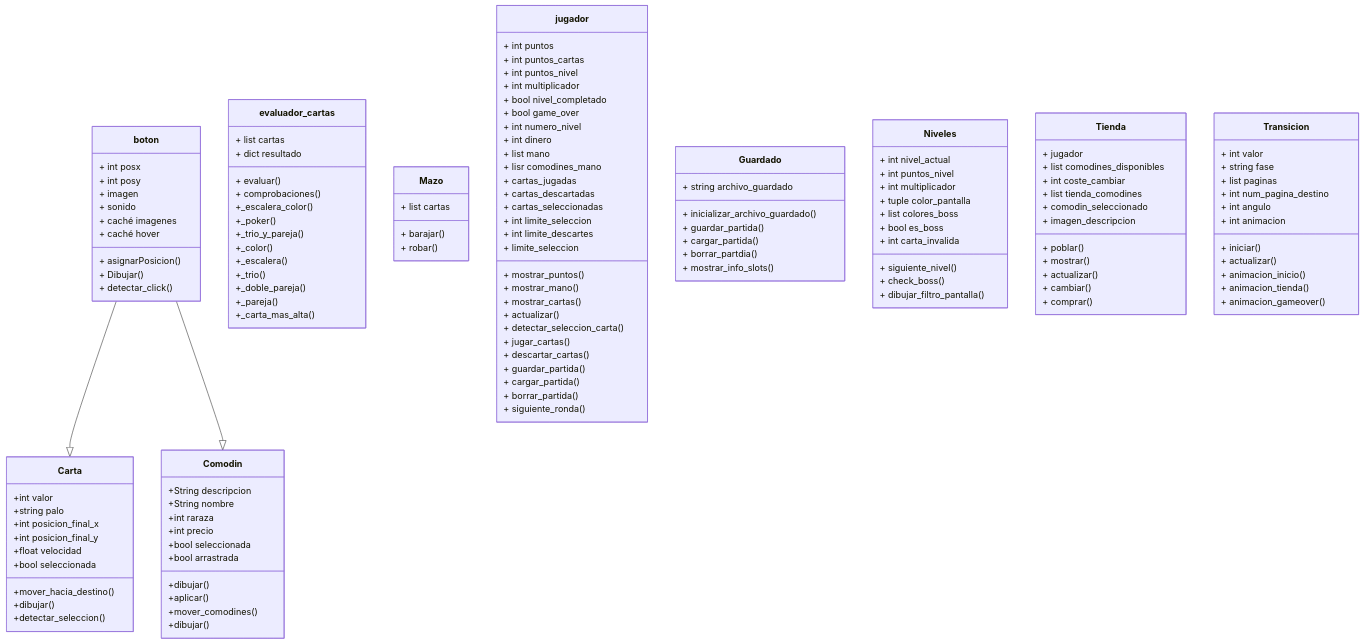
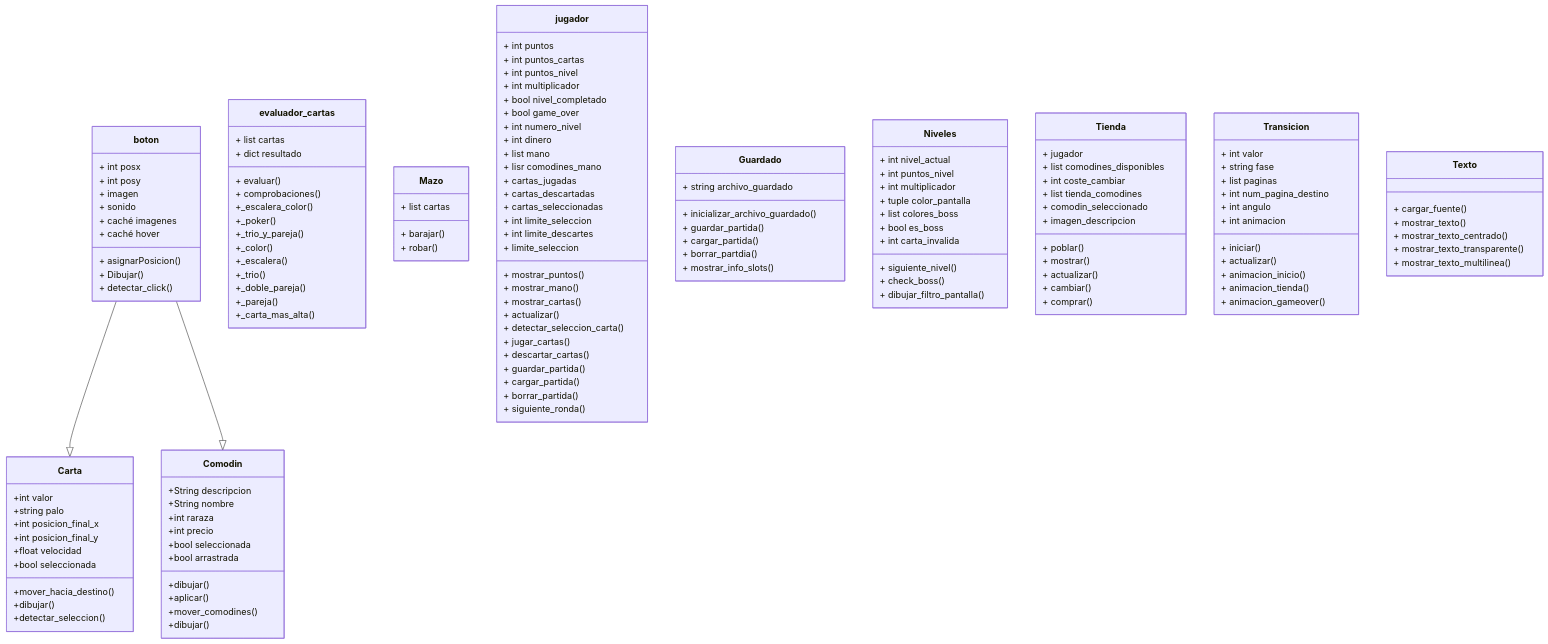
One commit to Hsandin7/Practica-TPA changed the diagram in README.md. Above: the diagram before and after it, drawn with Mermaid. The commit also changed 6 other files, not shown here.

````diff
--- a/README.md
+++ b/README.md
@@ -133,10 +133,6 @@
 		+mover_comodines()
 		+dibujar()
     }
-
-    boton --|> Carta
-    boton--|> Comodin
-
     class evaluador_cartas{
 	    + list cartas
 	    + dict resultado
@@ -151,93 +147,97 @@
 		+_doble_pareja()
 		+_pareja()
 		+_carta_mas_alta()
-	  }
-	  
-	  class Mazo{
-		  + list cartas
-		  + barajar()
-		  + robar()
-	  }
-	  
-	  class jugador{
-		  + int puntos
-		  + int puntos_cartas
-		  + int puntos_nivel
-		  + int multiplicador
-		  + bool nivel_completado
-		  + bool game_over
-		  + int numero_nivel
-		  + int dinero
-		  + list mano
-		  + lisr comodines_mano
-		  + cartas_jugadas
-		  + cartas_descartadas
-		  + cartas_seleccionadas
-		  + int limite_seleccion
-		  + int limite_descartes
-		  + limite_seleccion
-		  + mostrar_puntos()
-		  + mostrar_mano()
-		  + mostrar_cartas()
-		  + actualizar()
-		  + detectar_seleccion_carta()
-		  + jugar_cartas()
-		  + descartar_cartas()
-		  + guardar_partida()
-		  + cargar_partida()
-		  + borrar_partida()
-		  + siguiente_ronda()
-	  }
+	}
+	class Mazo{
+		+ list cartas
+		+ barajar()
+		+ robar()
+	}
+	class jugador{
+		+ int puntos
+		+ int puntos_cartas
+		+ int puntos_nivel
+		+ int multiplicador
+		+ bool nivel_completado
+		+ bool game_over
+		+ int numero_nivel
+		+ int dinero
+		+ list mano
+		+ lisr comodines_mano
+		+ cartas_jugadas
+		+ cartas_descartadas
+		+ cartas_seleccionadas
+		+ int limite_seleccion
+		+ int limite_descartes
+		+ limite_seleccion
+		+ mostrar_puntos()
+		+ mostrar_mano()
+		+ mostrar_cartas()
+		+ actualizar()
+		+ detectar_seleccion_carta()
+		+ jugar_cartas()
+		+ descartar_cartas()
+		+ guardar_partida()
+		+ cargar_partida()
+		+ borrar_partida()
+		+ siguiente_ronda()
+    }
+    class Guardado{
+		+ string archivo_guardado
+		+ inicializar_archivo_guardado()
+		+ guardar_partida()
+		+ cargar_partida()
+		+ borrar_partdia()
+		+ mostrar_info_slots()
+	}
+	class Niveles{
+		+ int nivel_actual
+		+ int puntos_nivel
+		+ int multiplicador
+		+ tuple color_pantalla
+	 	+ list colores_boss
+		+ bool es_boss
+		+ int carta_invalida
+		+ siguiente_nivel()
+		+ check_boss()
+		+ dibujar_filtro_pantalla()
+	}
+    class Tienda{
+        + jugador
+        + list comodines_disponibles
+        + int coste_cambiar
+        + list tienda_comodines
+        + comodin_seleccionado
+        + imagen_descripcion
+        + poblar()
+        + mostrar()
+        + actualizar()
+        + cambiar()
+        + comprar()
+    }
+    class Transicion{
+        + int valor
+        + string fase
+        + list paginas
+        + int num_pagina_destino
+        + int angulo
+        + int animacion
+        + iniciar()
+        + actualizar()
+        + animacion_inicio()
+        + animacion_tienda()
+        + animacion_gameover()
+    }
+    class Texto{
+        + cargar_fuente()
+        + mostrar_texto()
+        + mostrar_texto_centrado()
+        + mostrar_texto_transparente()
+        + mostrar_texto_multilinea()
+    }
 
-      class Guardado{
-		    + string archivo_guardado
-			+ inicializar_archivo_guardado()
-			+ guardar_partida()
-			+ cargar_partida()
-			+ borrar_partdia()
-			+ mostrar_info_slots()
-	  }
-	  class Niveles{
-			+ int nivel_actual
-			+ int puntos_nivel
-			+ int multiplicador
-			+ tuple color_pantalla
-		 	+ list colores_boss
-			+ bool es_boss
-			+ int carta_invalida
-			+ siguiente_nivel()
-			+ check_boss()
-			+ dibujar_filtro_pantalla()
-	   }
-
-		class Tienda{
-			+ jugador
-			+ list comodines_disponibles
-			+ int coste_cambiar
-			+ list tienda_comodines
-			+ comodin_seleccionado
-			+ imagen_descripcion
-			+ poblar()
-			+ mostrar()
-			+ actualizar()
-			+ cambiar()
-			+ comprar()
-
-		}
-
-		class Transicion{
-			+ int valor
-			+ string fase
-			+ list paginas
-			+ int num_pagina_destino
-			+ int angulo
-			+ int animacion
-			+ iniciar()
-			+ actualizar()
-			+ animacion_inicio()
-			+ animacion_tienda()
-			+ animacion_gameover()
-
-		}
-
+    %% Relaciones
+    boton --|> Carta
+    boton--|> Comodin
+    
 ```
````
